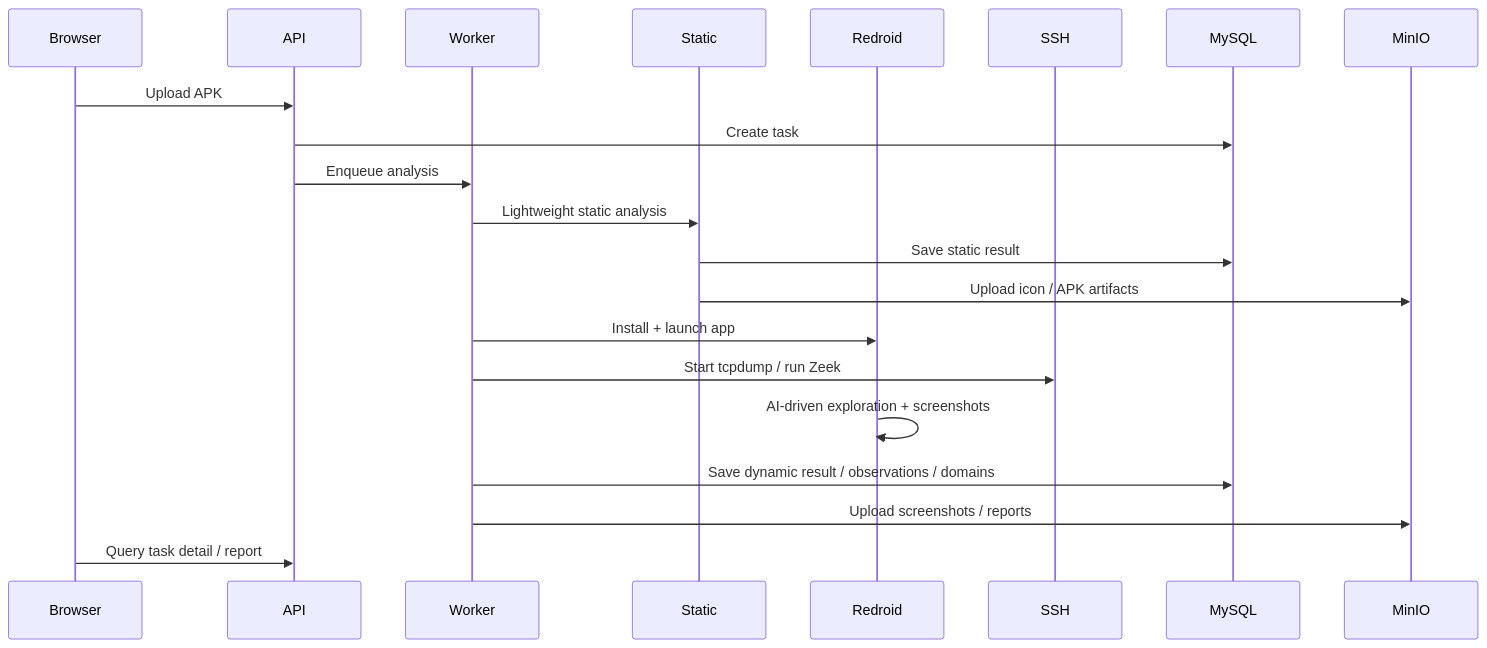
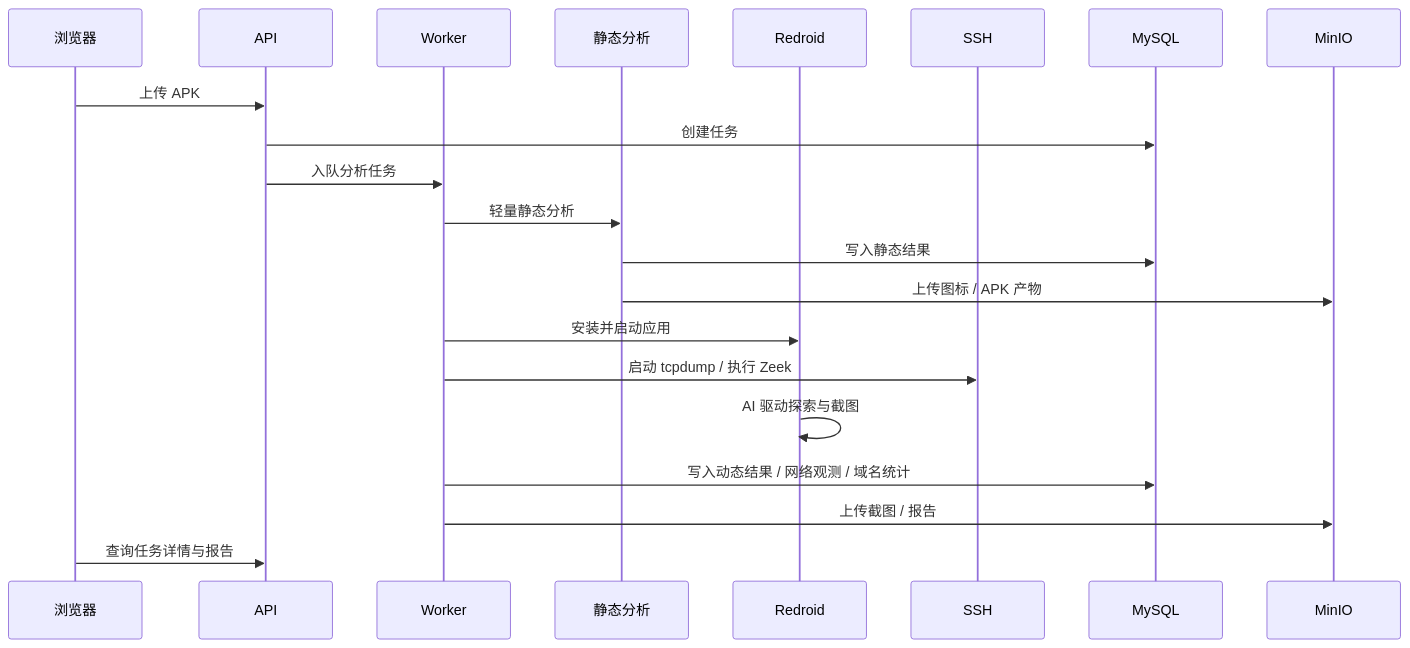
One commit to liubowyf/ai-app-analyze changed the second of 2 diagrams in README.md. Above: the diagram before and after it, drawn with Mermaid. The commit also changed other lines of this file, not shown here.

````diff
--- a/README.md
+++ b/README.md
@@ -76,24 +76,24 @@
 ```mermaid
 sequenceDiagram
-    participant Browser
+    participant 浏览器
     participant API
     participant Worker
-    participant Static
+    participant 静态分析
     participant Redroid
     participant SSH
     participant MySQL
     participant MinIO
 
-    Browser->>API: Upload APK
-    API->>MySQL: Create task
-    API->>Worker: Enqueue analysis
-    Worker->>Static: Lightweight static analysis
-    Static->>MySQL: Save static result
-    Static->>MinIO: Upload icon / APK artifacts
-    Worker->>Redroid: Install + launch app
-    Worker->>SSH: Start tcpdump / run Zeek
-    Redroid->>Redroid: AI-driven exploration + screenshots
-    Worker->>MySQL: Save dynamic result / observations / domains
-    Worker->>MinIO: Upload screenshots / reports
-    Browser->>API: Query task detail / report
+    浏览器->>API: 上传 APK
+    API->>MySQL: 创建任务
+    API->>Worker: 入队分析任务
+    Worker->>静态分析: 轻量静态分析
+    静态分析->>MySQL: 写入静态结果
+    静态分析->>MinIO: 上传图标 / APK 产物
+    Worker->>Redroid: 安装并启动应用
+    Worker->>SSH: 启动 tcpdump / 执行 Zeek
+    Redroid->>Redroid: AI 驱动探索与截图
+    Worker->>MySQL: 写入动态结果 / 网络观测 / 域名统计
+    Worker->>MinIO: 上传截图 / 报告
+    浏览器->>API: 查询任务详情与报告
 ```
````
